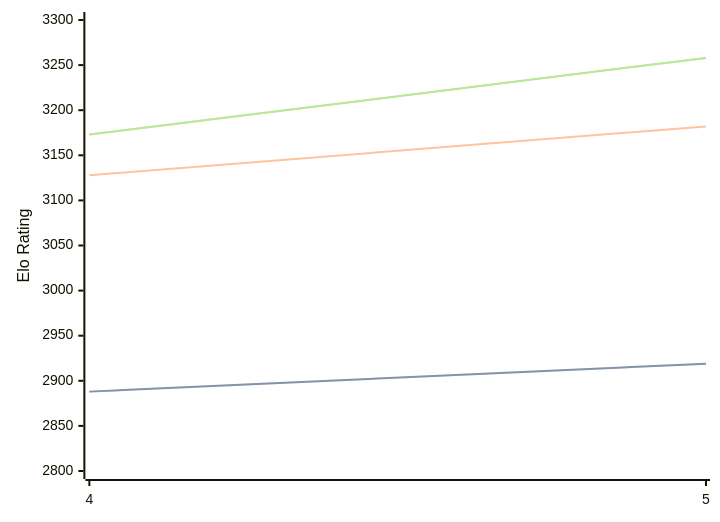
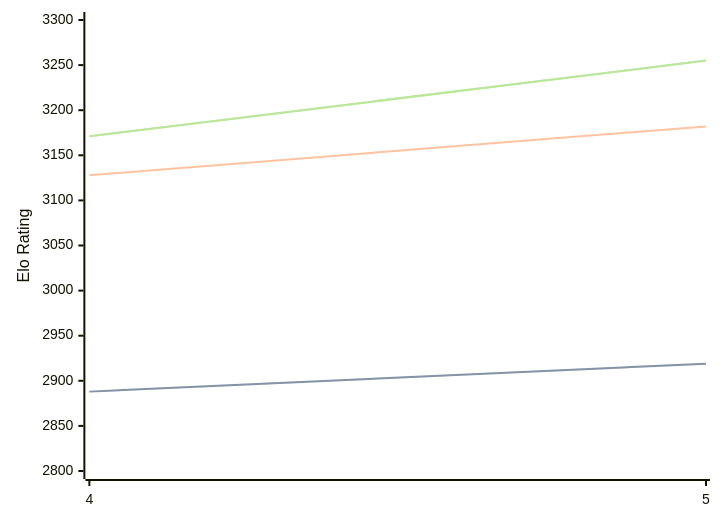
Before and after one commit to computer-chess-index/cci: the diagram in engines/Cwtch.md, drawn with Mermaid. The commit also changed other lines of this file, not shown here.

Commit message:
Update CCI Ratings (ELO VLTC) - 2026-04-20

````diff
--- a/engines/Cwtch.md
+++ b/engines/Cwtch.md
@@ -34,11 +34,11 @@
 ```mermaid
 %%{init: {"theme":"base","themeVariables":{"seriesColors:['#a3a3a3','#222221','#faa371']}}}%%
 xychart-beta
   x-axis ["4", "5"]
   y-axis "Elo Rating" 2800 --> 3300
   line "STC (8.0+0.08s)" [2888, 2919]
   line "STC (8.0+0.08s)" [2888, 2919]
   line "LTC (60.0+0.60s)" [3128, 3182]
-  line "VLTC (2m24s+1.12s)" [3173, 3258]
-  line "VLTC (2m24s+1.12s)" [3173, 3258]
+  line "VLTC (2m24s+1.12s)" [3171, 3255]
+  line "VLTC (2m24s+1.12s)" [3171, 3255]
 ```
````
